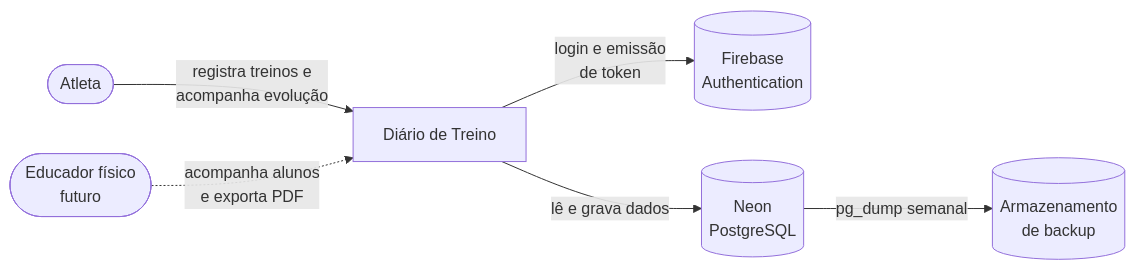
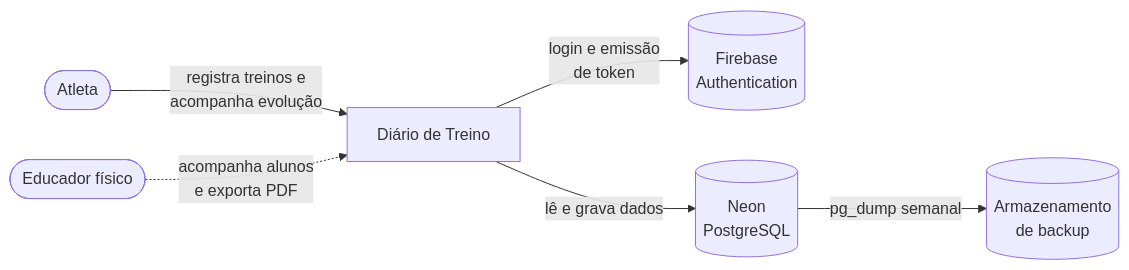
One commit to VitHug95/diario-treino changed the first of 4 diagrams in docs/MAS.md. Above: the diagram before and after it, drawn with Mermaid. The commit also changed other lines of this file and 5 other files, not shown here.

````diff
--- a/docs/MAS.md
+++ b/docs/MAS.md
@@ -136,15 +136,15 @@
 ```mermaid
 flowchart LR
     atleta([Atleta])
-    educador([Educador físico<br/>futuro])
+    educador([Educador físico])
     app[Diário de Treino]
     firebase[(Firebase<br/>Authentication)]
     neon[(Neon<br/>PostgreSQL)]
     backup[(Armazenamento<br/>de backup)]
 
     atleta -->|registra treinos e<br/>acompanha evolução| app
     educador -.->|acompanha alunos<br/>e exporta PDF| app
     app -->|login e emissão<br/>de token| firebase
     app -->|lê e grava dados| neon
     neon -->|pg_dump semanal| backup
 ```
````
